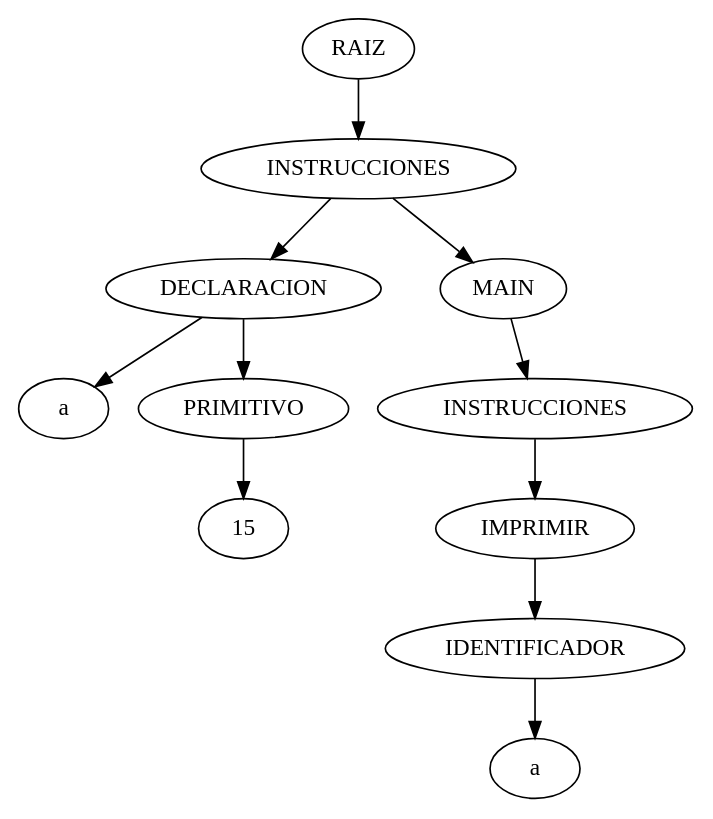
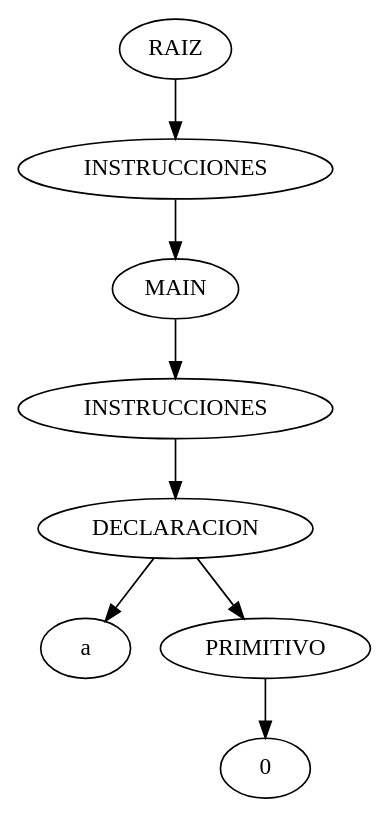
One commit to Diamg502/-OLC1-_PROYECTO changed the diagram in ast.dot. Above: the diagram before and after it, drawn with Graphviz. The commit also changed 37 other files, not shown here.

```diff
--- a/ast.dot
+++ b/ast.dot
@@ -1,23 +1,17 @@
 digraph {
 n0[label="RAIZ"];
 n1[label="INSTRUCCIONES"];
 n0->n1;
-n2[label="DECLARACION"];
+n2[label="MAIN"];
 n1->n2;
-n3[label="a"];
+n3[label="INSTRUCCIONES"];
 n2->n3;
-n4[label="PRIMITIVO"];
-n2->n4;
-n5[label="15"];
+n4[label="DECLARACION"];
+n3->n4;
+n5[label="a"];
 n4->n5;
-n6[label="MAIN"];
-n1->n6;
-n7[label="INSTRUCCIONES"];
+n6[label="PRIMITIVO"];
+n4->n6;
+n7[label="0"];
 n6->n7;
-n8[label="IMPRIMIR"];
-n7->n8;
-n9[label="IDENTIFICADOR"];
-n8->n9;
-n10[label="a"];
-n9->n10;
 }
```
